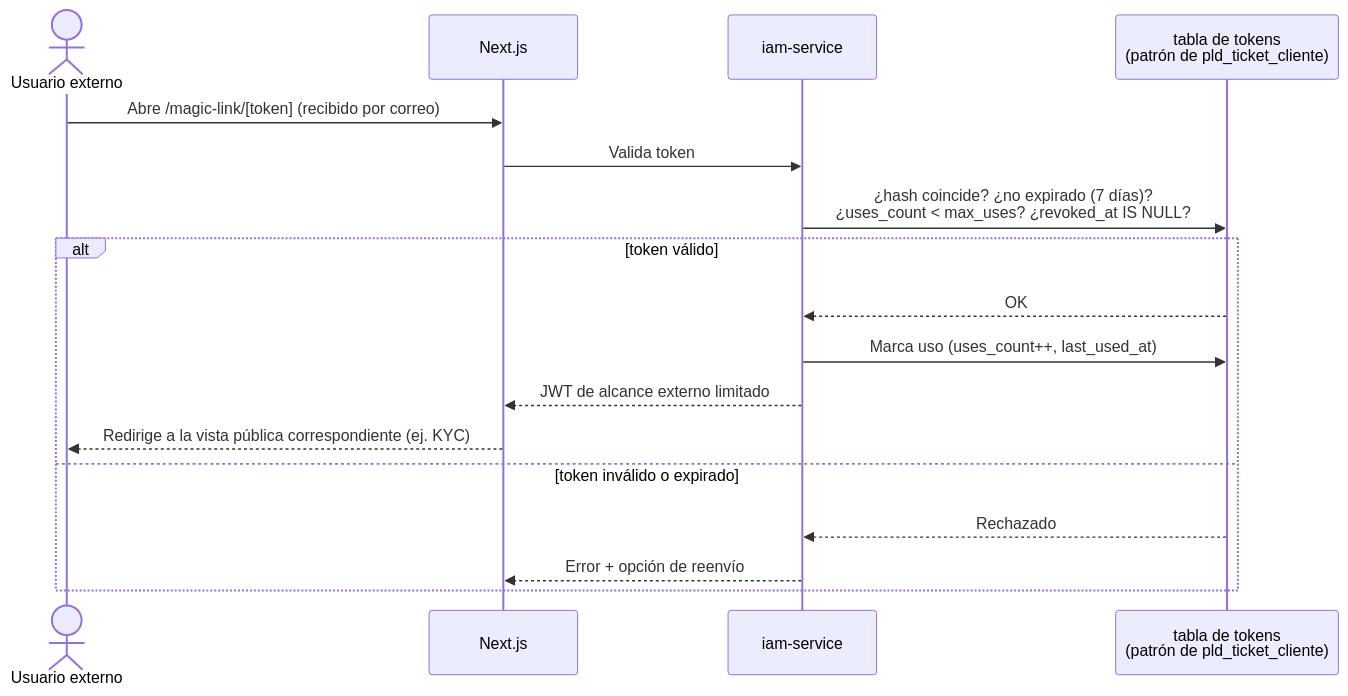
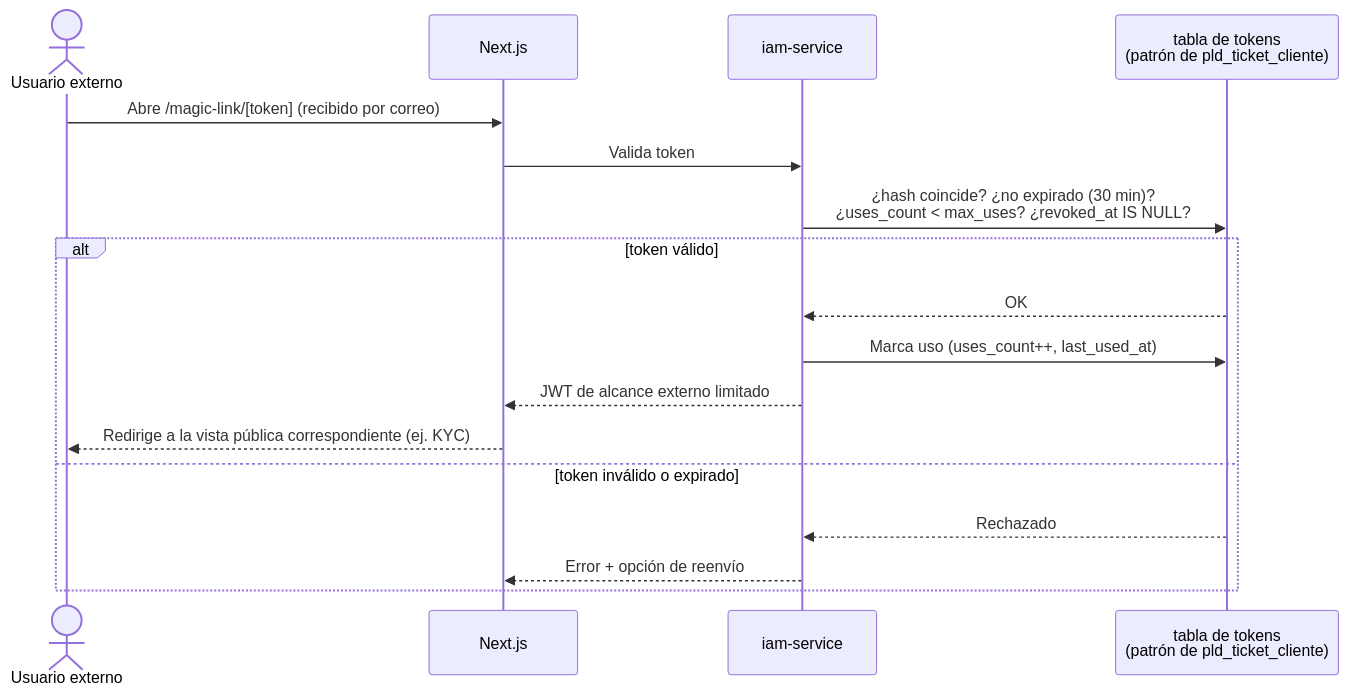
One commit to mariana747/CumbresBI changed the sixth of 10 diagrams in docs/architecture/README.md. Above: the diagram before and after it, drawn with Mermaid. The commit also changed 4 other files, not shown here.

````diff
--- a/docs/architecture/README.md
+++ b/docs/architecture/README.md
@@ -325,20 +325,20 @@
 ```mermaid
 sequenceDiagram
     actor U as Usuario externo
     participant W as Next.js
     participant IAMS as iam-service
     participant DB as tabla de tokens<br/>(patrón de pld_ticket_cliente)
 
     U->>W: Abre /magic-link/[token] (recibido por correo)
     W->>IAMS: Valida token
-    IAMS->>DB: ¿hash coincide? ¿no expirado (7 días)?<br/>¿uses_count < max_uses? ¿revoked_at IS NULL?
+    IAMS->>DB: ¿hash coincide? ¿no expirado (30 min)?<br/>¿uses_count < max_uses? ¿revoked_at IS NULL?
     alt token válido
         DB-->>IAMS: OK
         IAMS->>DB: Marca uso (uses_count++, last_used_at)
         IAMS-->>W: JWT de alcance externo limitado
         W-->>U: Redirige a la vista pública correspondiente (ej. KYC)
     else token inválido o expirado
         DB-->>IAMS: Rechazado
         IAMS-->>W: Error + opción de reenvío
     end
 ```
````
